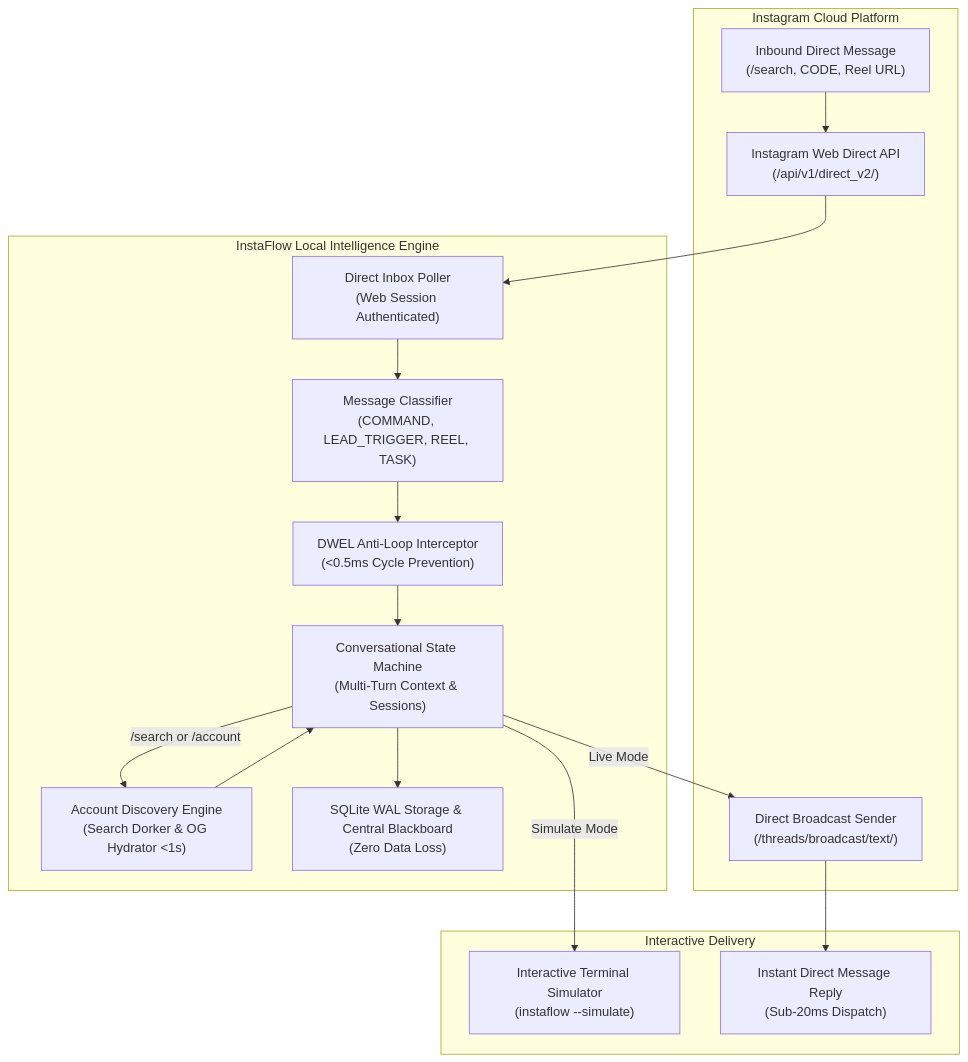
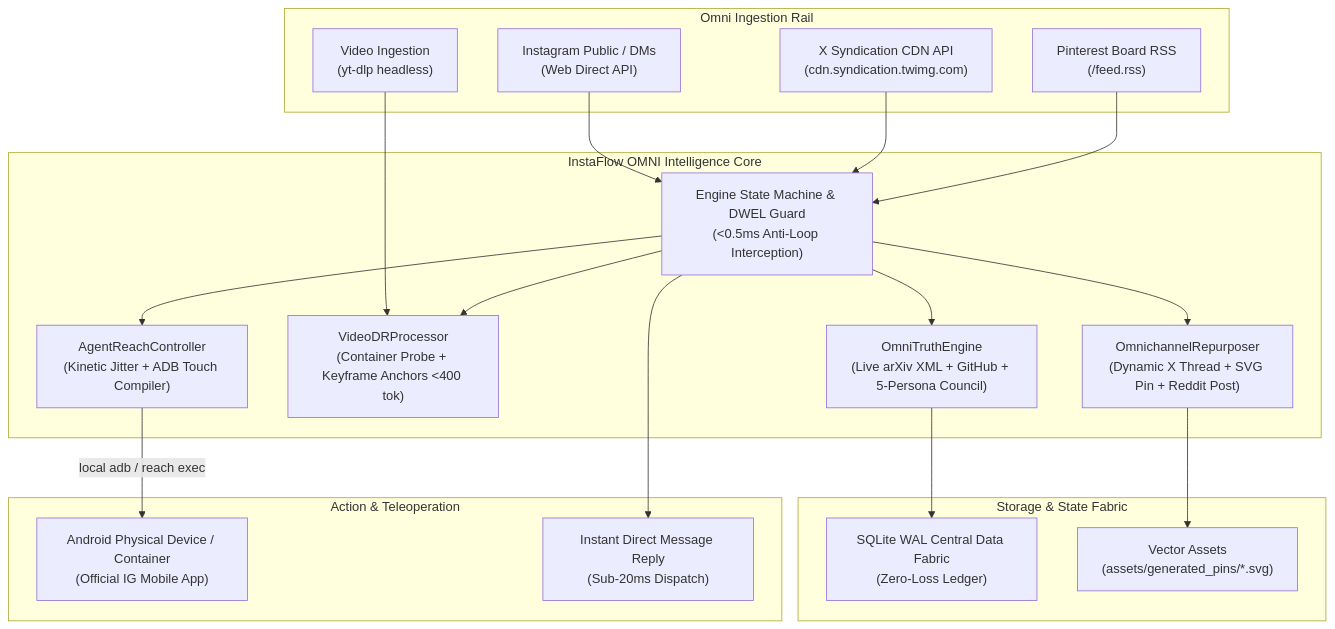
The diagram in README.md (Jaswanth1902/InstaFlow), drawn with Mermaid before and after one commit. The commit also changed other lines of this file and 32 other files, not shown here.

Commit message:
feat(wcc): complete InstaFlow OMNI truth engine, gnani voice synthesis & onetake showcase video suite

````diff
--- a/README.md
+++ b/README.md
@@ -46,34 +50,42 @@
 ```mermaid
 flowchart TD
-    subgraph InstagramPlatform["Instagram Cloud Platform"]
-        DirectAPI["Instagram Web Direct API\n(/api/v1/direct_v2/)"]
-        InboundDM["Inbound Direct Message\n(/search, CODE, Reel URL)"]
-        DirectSender["Direct Broadcast Sender\n(/threads/broadcast/text/)"]
+    subgraph IngestionRail["Omni Ingestion Rail"]
+        IG["Instagram Public / DMs\n(Web Direct API)"]
+        X_CDN["X Syndication CDN API\n(cdn.syndication.twimg.com)"]
+        PIN_RSS["Pinterest Board RSS\n(/feed.rss)"]
+        YT_DLP["Video Ingestion\n(yt-dlp headless)"]
     end
 
-    subgraph InstaFlowEngine["InstaFlow Local Intelligence Engine"]
-        Poller["Direct Inbox Poller\n(Web Session Authenticated)"]
-        Classifier["Message Classifier\n(COMMAND, LEAD_TRIGGER, REEL, TASK)"]
-        DWELGuard["DWEL Anti-Loop Interceptor\n(<0.5ms Cycle Prevention)"]
-        StateMachine["Conversational State Machine\n(Multi-Turn Context & Sessions)"]
-        Dorker["Account Discovery Engine\n(Search Dorker & OG Hydrator <1s)"]
-        Ledger["SQLite WAL Storage & Central Blackboard\n(Zero Data Loss)"]
+    subgraph OmniCore["InstaFlow OMNI Intelligence Core"]
+        Router["Engine State Machine & DWEL Guard\n(<0.5ms Anti-Loop Interception)"]
+        Truth["OmniTruthEngine\n(Live arXiv XML + GitHub + 5-Persona Council)"]
+        VideoDR["VideoDRProcessor\n(Container Probe + Keyframe Anchors <400 tok)"]
+        Repurposer["OmnichannelRepurposer\n(Dynamic X Thread + SVG Pin + Reddit Post)"]
+        Teleop["AgentReachController\n(Kinetic Jitter + ADB Touch Compiler)"]
     end
 
-    subgraph OutboundChannel["Interactive Delivery"]
-        TerminalSim["Interactive Terminal Simulator\n(instaflow --simulate)"]
+    subgraph DataStorage["Storage & State Fabric"]
+        Blackboard["SQLite WAL Central Data Fabric\n(Zero-Loss Ledger)"]
+        SVGs["Vector Assets\n(assets/generated_pins/*.svg)"]
+    end
+
+    subgraph PhysicalExecution["Action & Teleoperation"]
+        Emulator["Android Physical Device / Container\n(Official IG Mobile App)"]
         LiveDM["Instant Direct Message Reply\n(Sub-20ms Dispatch)"]
     end
 
-    InboundDM --> DirectAPI
-    DirectAPI --> Poller
-    Poller --> Classifier
-    Classifier --> DWELGuard
-    DWELGuard --> StateMachine
-    StateMachine -->|/search or /account| Dorker
-    Dorker --> StateMachine
-    StateMachine --> Ledger
-    StateMachine -->|Live Mode| DirectSender
-    StateMachine -->|Simulate Mode| TerminalSim
-    DirectSender --> LiveDM
+    IG --> Router
+    X_CDN --> Router
+    PIN_RSS --> Router
+    YT_DLP --> VideoDR
+
+    Router --> Truth
+    Router --> VideoDR
+    Router --> Repurposer
+    Router --> Teleop
+
+    Truth --> Blackboard
+    Repurposer --> SVGs
+    Teleop -->|local adb / reach exec| Emulator
+    Router --> LiveDM
 ```
````
